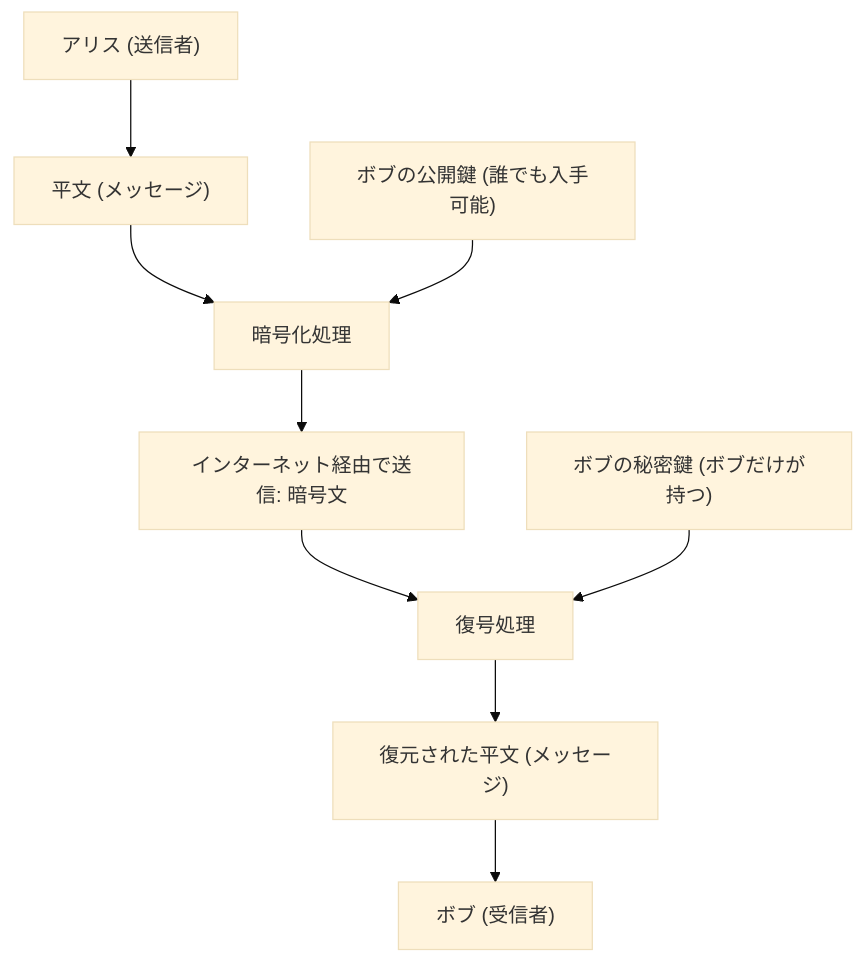
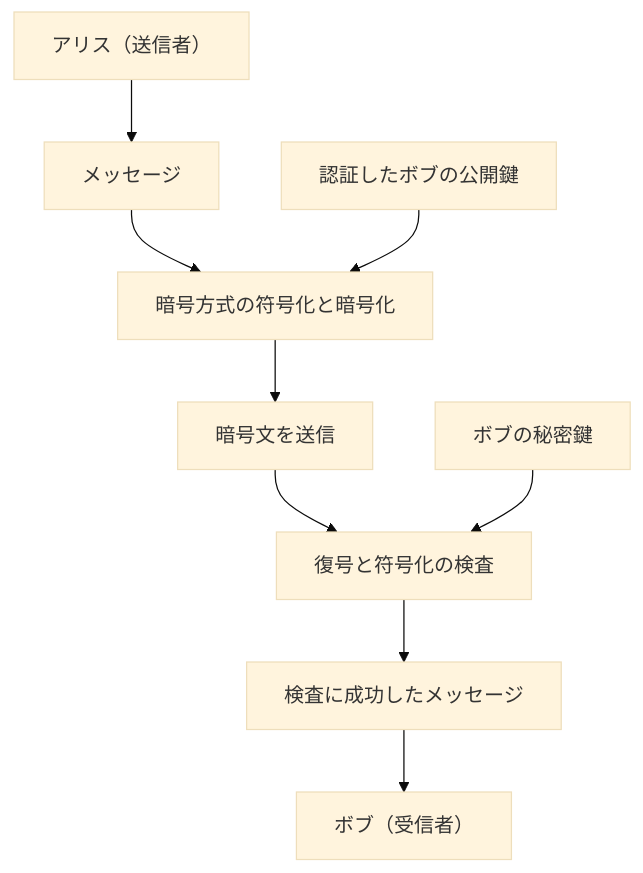
Before and after one commit to kenjinote/blog: the first of 3 diagrams in content/post/rsa暗号の仕組みを高校生でもわかるように説明する/index.md, drawn with Mermaid (base theme). The commit also changed other lines of this file and 8 other files, not shown here.

````diff
--- a/content/post/rsa暗号の仕組みを高校生でもわかるように説明する/index.md
+++ b/content/post/rsa暗号の仕組みを高校生でもわかるように説明する/index.md
@@ -45,11 +23,11 @@
 ```mermaid
 graph TD
-    A["アリス (送信者)"] --> B["平文 (メッセージ)"]
-    B --> C["暗号化処理"]
-    D["ボブの公開鍵 (誰でも入手可能)"] --> C
-    C --> E["インターネット経由で送信: 暗号文"]
-    E --> F["復号処理"]
-    G["ボブの秘密鍵 (ボブだけが持つ)"] --> F
-    F --> H["復元された平文 (メッセージ)"]
-    H --> I["ボブ (受信者)"]
+    A["アリス（送信者）"] --> B["メッセージ"]
+    B --> C["暗号方式の符号化と暗号化"]
+    D["認証したボブの公開鍵"] --> C
+    C --> E["暗号文を送信"]
+    E --> F["復号と符号化の検査"]
+    G["ボブの秘密鍵"] --> F
+    F --> H["検査に成功したメッセージ"]
+    H --> I["ボブ（受信者）"]
 ```
````
